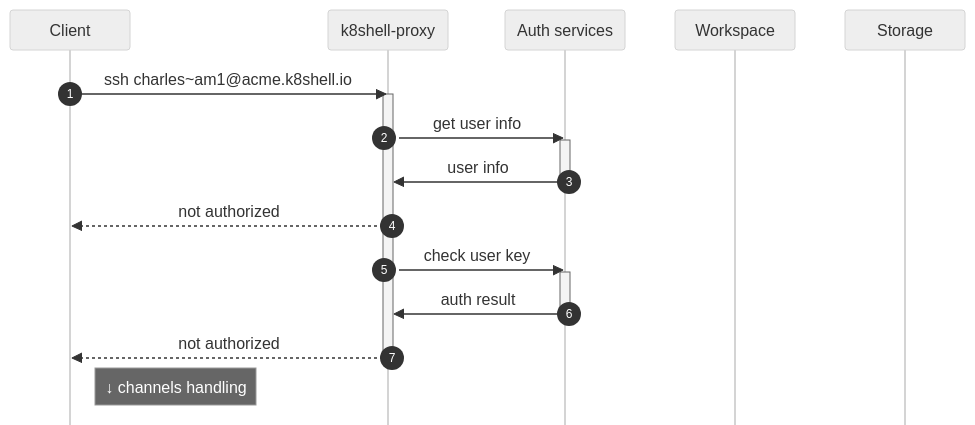
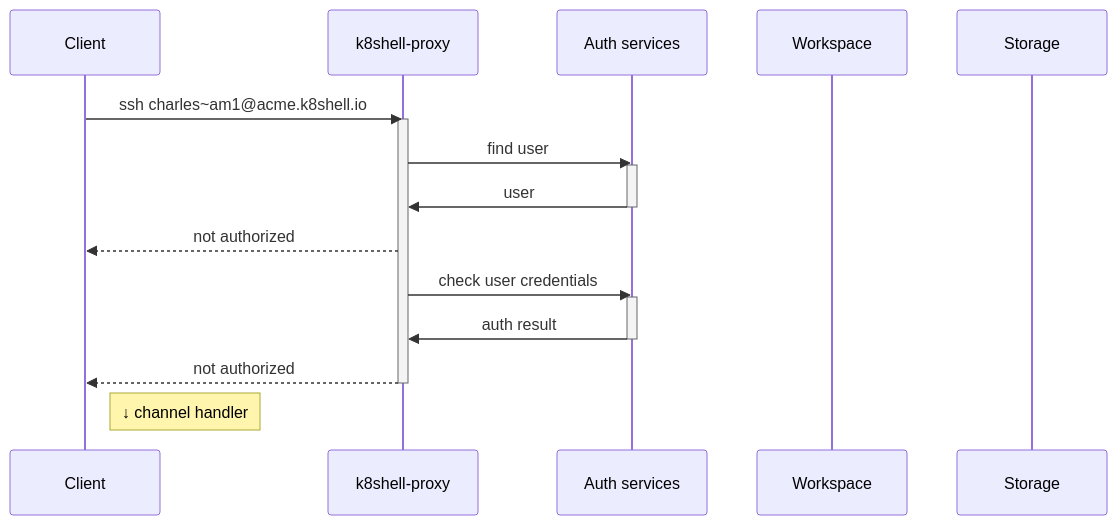
Before and after one commit to k8shell-io/docs: the first of 4 diagrams in architecture/communication.md, drawn with Mermaid. The commit also changed other lines of this file, not shown here.

````diff
--- a/architecture/communication.md
+++ b/architecture/communication.md
@@ -17,38 +17,24 @@
 ```{mermaid}
-%%{    
-    init: {
-        'theme': 'neutral',
-        'themeVariables': {
-            'fontSize': '40px'
-        },
-        'config': {
-            'mirrorActors': false, 
-            'showSequenceNumbers': true, 
-            'height': 40, 
-            'width': 120,
-            'fontSize': 20
-        }
-    }
-}%%
+:config: { "theme": "neutral", "mirrorActors": false, "height": 50, "showSequenceNumbers": true, "width": 150, "fontSize": 22 }
 sequenceDiagram
     participant C as Client
     participant S as k8shell-proxy
     participant A as Auth services
     participant W as Workspace
     participant X as Storage
     
     C->>S: ssh charles~am1@acme.k8shell.io
     activate S
-        S->>A: get user info
+        S->>A: find user
             activate A
-                A->>S: user info
+                A->>S: user
             deactivate A
             S-->>C: not authorized
-        S->>A: check user key
+        S->>A: check user credentials
             activate A
                 A->>S: auth result
             deactivate A
         S-->>C: not authorized
     deactivate S
-    note right of C: ↓ channels handling
+    note right of C: ↓ channel handler
 ```
````
